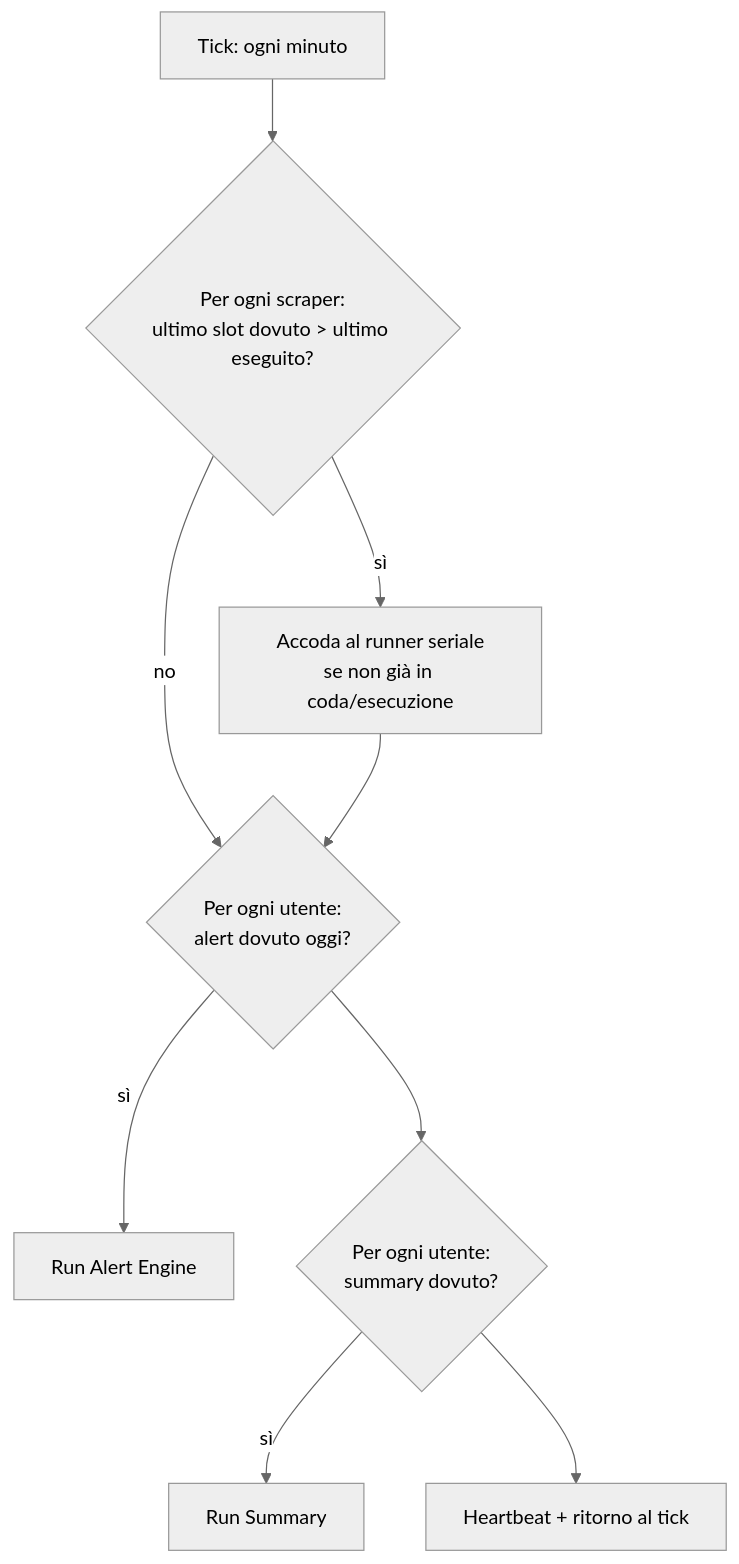
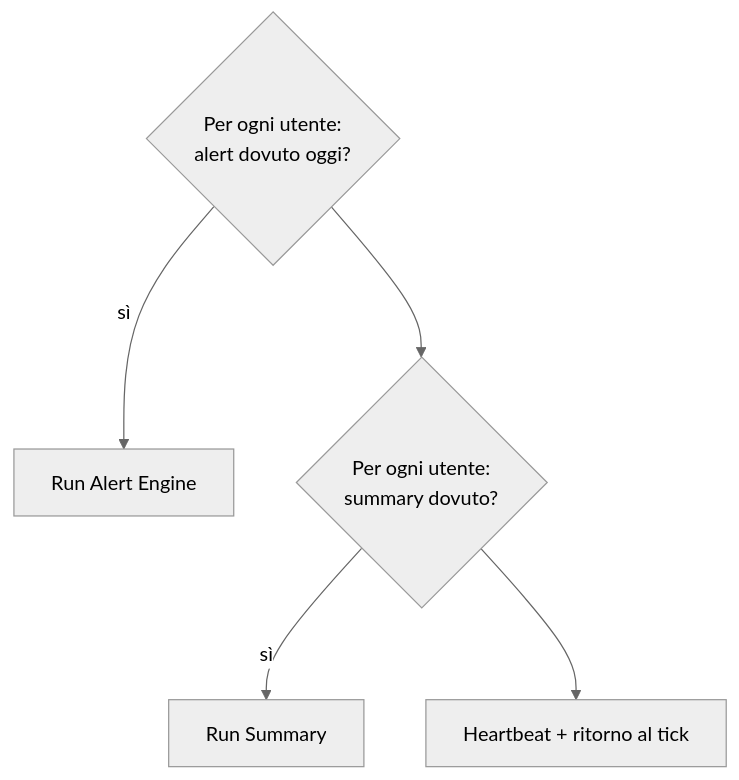
The diagram in docs-ita/2-architecture/scheduling-and-execution.md (caporalesimone/watch-em-all), drawn with Mermaid (neutral theme) before and after one commit. The commit also changed other lines of this file and 9 other files, not shown here.

First line of the commit message:
docs(6): migrate 2-architecture docs to English

````diff
--- a/docs-ita/2-architecture/scheduling-and-execution.md
+++ b/docs-ita/2-architecture/scheduling-and-execution.md
@@ -19,11 +20,8 @@
 ```mermaid
 flowchart TD
-    T[Tick: ogni minuto] --> S{Per ogni scraper:<br/>ultimo slot dovuto > ultimo eseguito?}
-    S -- sì --> RUN[Accoda al runner seriale<br/>se non già in coda/esecuzione]
-    S -- no --> A
-    RUN --> A{Per ogni utente:<br/>alert dovuto oggi?}
+    A{Per ogni utente:<br/>alert dovuto oggi?}
     A -- sì --> AE[Run Alert Engine]
     A --> SU{Per ogni utente:<br/>summary dovuto?}
     SU -- sì --> SM[Run Summary]
     SU --> HB[Heartbeat + ritorno al tick]
 ```
````
